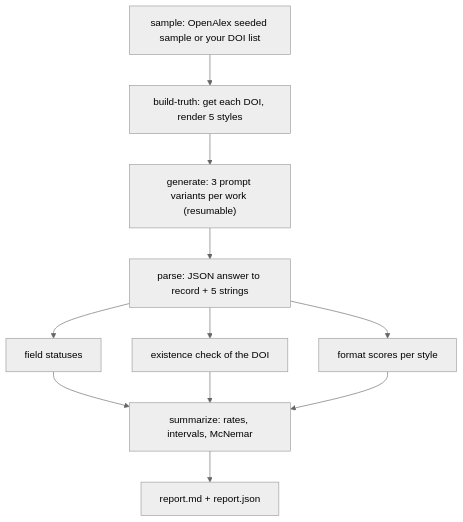
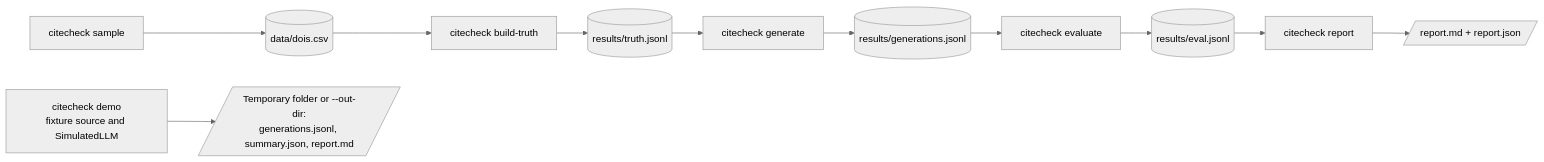
Before and after one commit to KrishnaAnnavaram/citecheck: diagram 19 of 19 in README.md, drawn with Mermaid (neutral theme). The commit also changed other lines of this file, not shown here.

Commit message:
Add the workflow diagrams to the README

````diff
--- a/README.md
+++ b/README.md
@@ -192,13 +691,13 @@
 ```mermaid
-flowchart TB
-    S["sample: OpenAlex seeded sample or your DOI list"] --> T["build-truth: get each DOI, render 5 styles"]
-    T --> G["generate: 3 prompt variants per work (resumable)"]
-    G --> P["parse: JSON answer to record + 5 strings"]
-    P --> F["field statuses"]
-    P --> E["existence check of the DOI"]
-    P --> FS["format scores per style"]
-    F --> R["summarize: rates, intervals, McNemar"]
-    E --> R
-    FS --> R
-    R --> MD["report.md + report.json"]
+flowchart LR
+    A["citecheck sample"] --> B[("data/dois.csv")]
+    B --> C["citecheck build-truth"]
+    C --> D[("results/truth.jsonl")]
+    D --> E["citecheck generate"]
+    E --> F[("results/generations.jsonl")]
+    F --> G["citecheck evaluate"]
+    G --> H[("results/eval.jsonl")]
+    H --> I["citecheck report"]
+    I --> J[/"report.md + report.json"/]
+    DEMO["citecheck demo<br/>fixture source and SimulatedLLM"] --> T[/"Temporary folder or --out-dir:<br/>generations.jsonl, summary.json, report.md"/]
 ```
````
